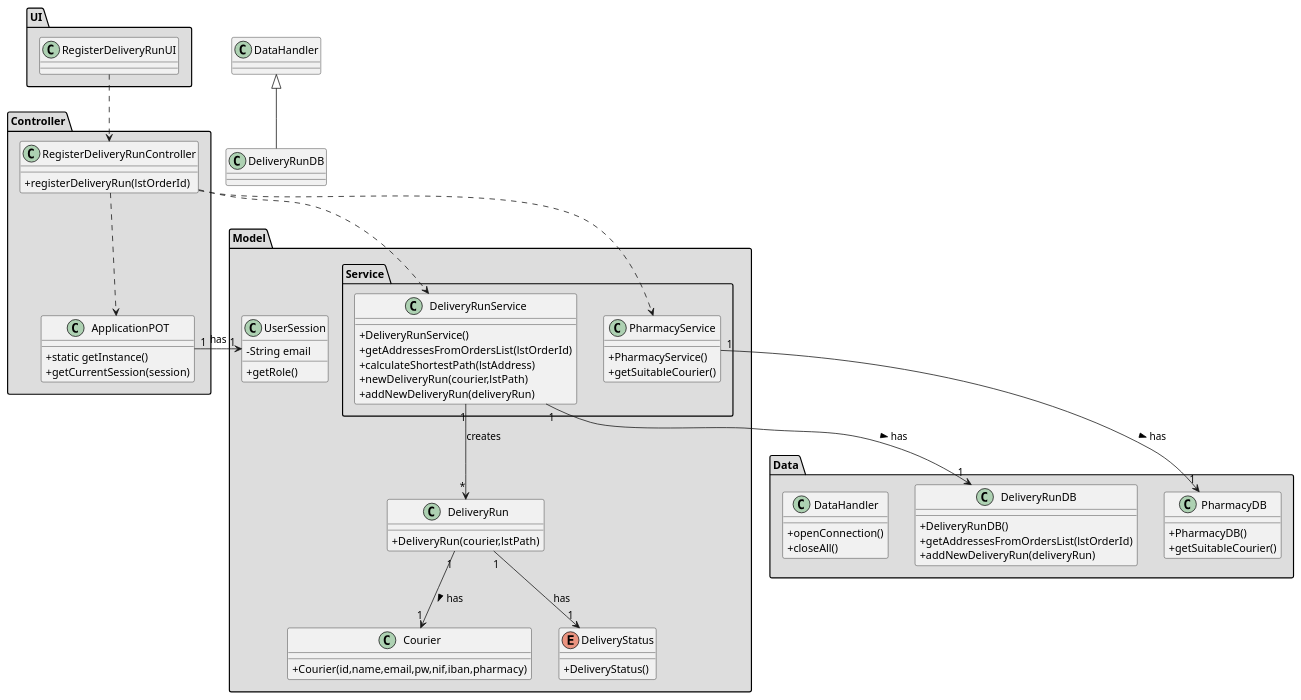
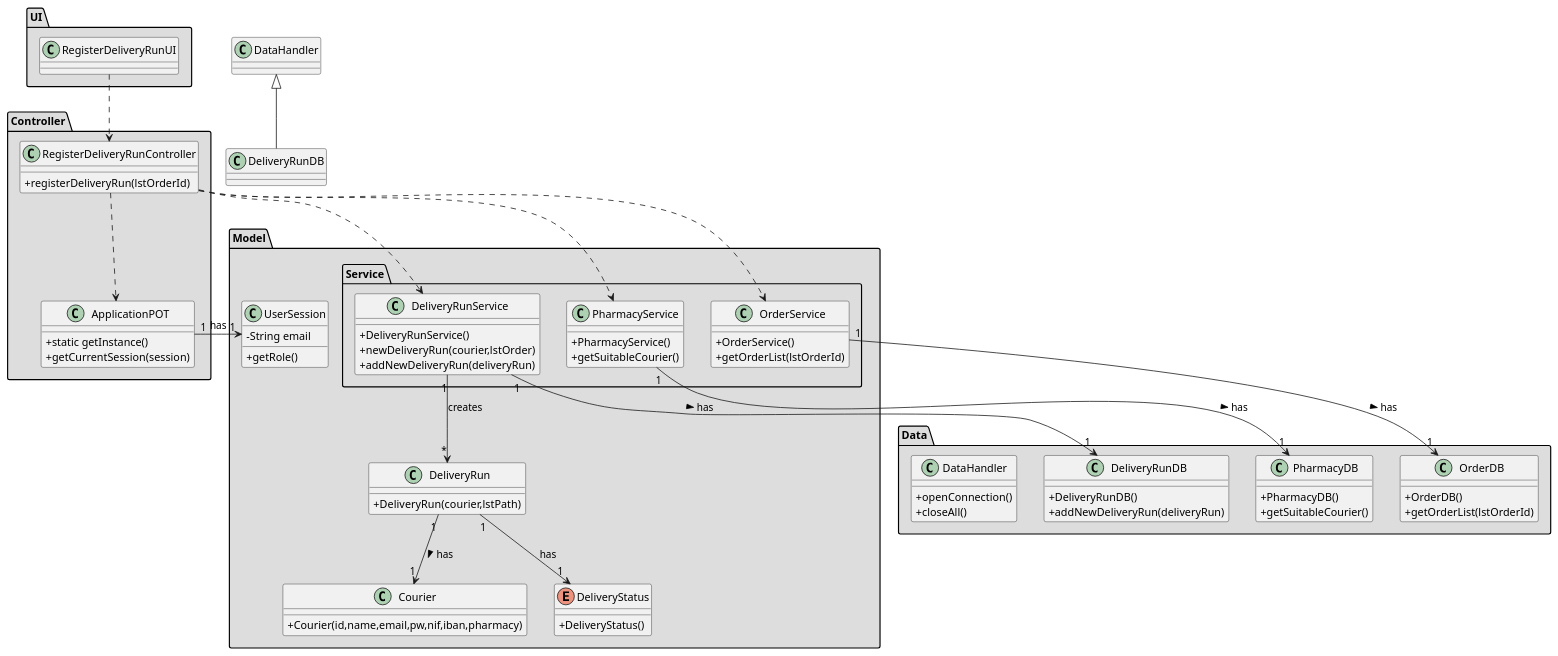
One commit to tiagoavcosta25/LAPR3 changed the diagram in docs/Iteration 2/Delivery Management/US206_RegisterDeliveryRun/US206_CD.puml. Above: the diagram before and after it, drawn with PlantUML. The commit also changed 15 other files, not shown here.

Commit message:
LAPR2AP2-220 #close Register Delivery Run [Implementation]

```diff
--- a/docs/Iteration 2/Delivery Management/US206_RegisterDeliveryRun/US206_CD.puml
+++ b/docs/Iteration 2/Delivery Management/US206_RegisterDeliveryRun/US206_CD.puml
@@ -1,111 +1,120 @@
 @startuml
 skinparam classAttributeIconSize 0
 
 
 package "Controller" #DDDDDD {
 class ApplicationPOT
 {
   +static getInstance()
   +getCurrentSession(session)
 }
 }
 
 package "Data" #DDDDDD {
 
 class DeliveryRunDB {
 +DeliveryRunDB()
-+getAddressesFromOrdersList(lstOrderId)
 +addNewDeliveryRun(deliveryRun)
 }
 
 class PharmacyDB {
 +PharmacyDB()
 +getSuitableCourier()
+}
+
+class OrderDB {
++OrderDB()
++getOrderList(lstOrderId)
 }
 
 class DataHandler{
 +openConnection()
 +closeAll()
 }
 
 }
 
 package "UI" #DDDDDD {
 class RegisterDeliveryRunUI{
 
 }
 
 
 
 }
 
 
 package "Controller" #DDDDDD {
 class RegisterDeliveryRunController{
 +registerDeliveryRun(lstOrderId)
 }
 }
 
 
 package "Model" #DDDDDD {
 
 
 class Courier{
 +Courier(id,name,email,pw,nif,iban,pharmacy)
 }
 
 class DeliveryRun{
 +DeliveryRun(courier,lstPath)
 }
 
 }
 
 package "Model" #DDDDDD {
 class UserSession{
 -String email
 +getRole()
 }
 
 package "Service" #DDDDDD {
 
 
 class DeliveryRunService {
 +DeliveryRunService()
-+getAddressesFromOrdersList(lstOrderId)
-+calculateShortestPath(lstAddress)
-+newDeliveryRun(courier,lstPath)
++newDeliveryRun(courier,lstOrder)
 +addNewDeliveryRun(deliveryRun)
 }
 
 class PharmacyService {
 +PharmacyService()
 +getSuitableCourier()
+}
+
+class OrderService {
++OrderService()
++getOrderList(lstOrderId)
 }
 
 }
 
 enum DeliveryStatus{
 +DeliveryStatus()
 }
 }
 
 
 
 
 
 
 RegisterDeliveryRunUI ..> RegisterDeliveryRunController
 RegisterDeliveryRunController ..> DeliveryRunService
 RegisterDeliveryRunController ..> ApplicationPOT
 RegisterDeliveryRunController ..> PharmacyService
+RegisterDeliveryRunController ..> OrderService
+OrderService "1" --> "1" OrderDB : has >
 PharmacyService "1" --> "1" PharmacyDB : has >
 DeliveryRunService "1" --> "1" DeliveryRunDB : has >
 DeliveryRun "1" --> "1" Courier : has >
 DeliveryRun "1" --> "1" DeliveryStatus : has
 
 DeliveryRunService "1" --> "*" DeliveryRun : creates
 
 class DeliveryRunDB extends DataHandler
 ApplicationPOT "1" -> "1" UserSession : has
 
 @enduml
```
